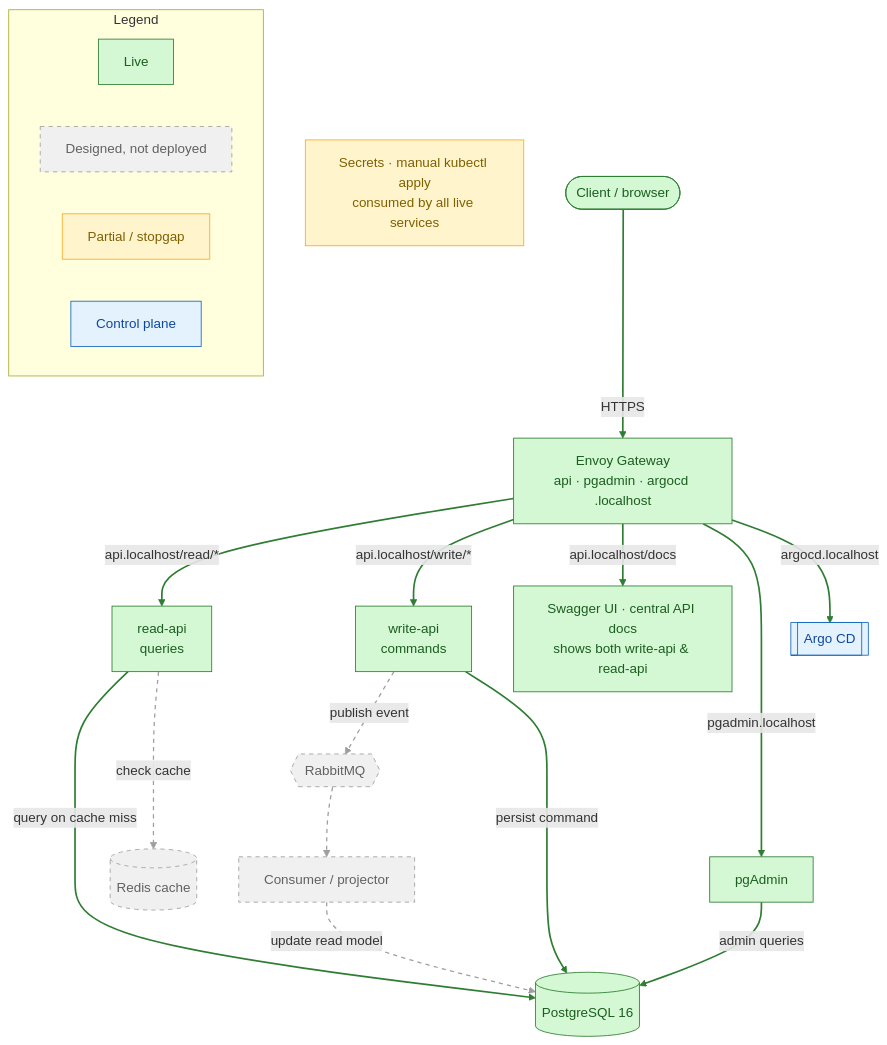
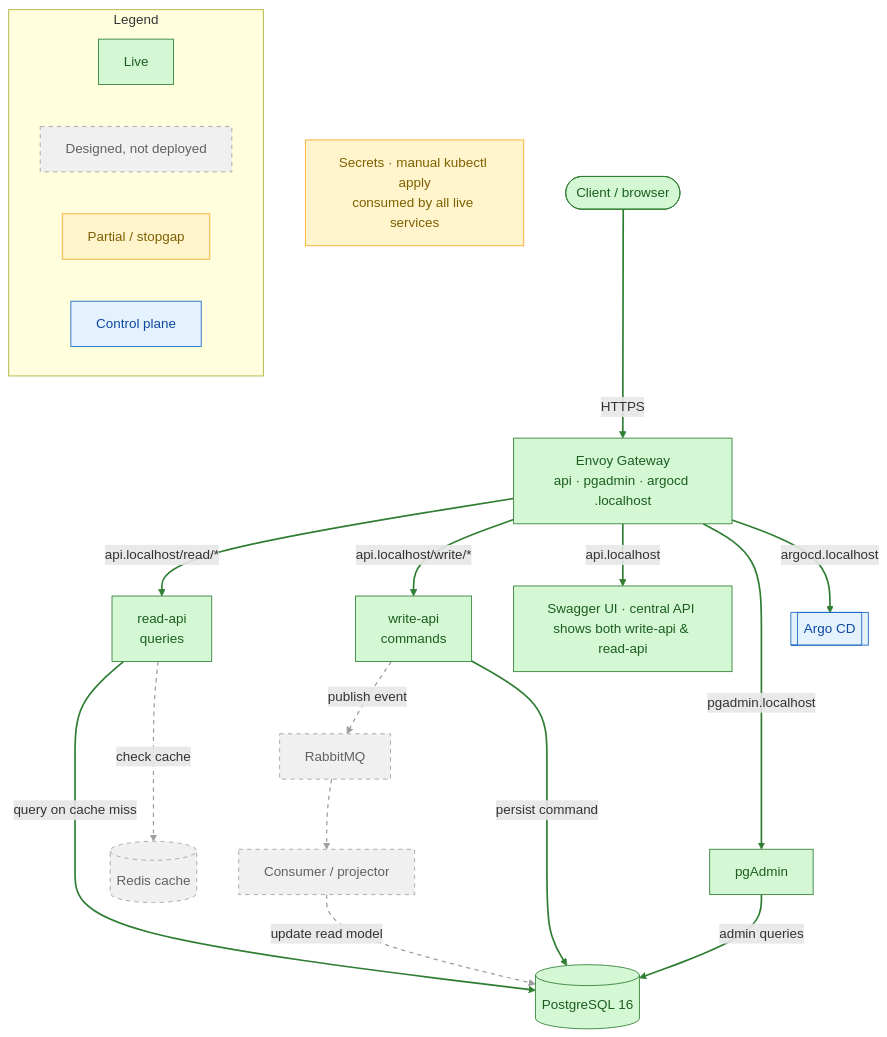
The first of 2 diagrams in README.md (CJs-Shipyard/platform-docs), drawn with Mermaid before and after one commit. The commit also changed other lines of this file, not shown here.

````diff
--- a/README.md
+++ b/README.md
@@ -57,57 +57,57 @@
 ```mermaid
 flowchart TB
     classDef live fill:#d4f7d4,stroke:#2e7d32,color:#1b5e20;
     classDef planned fill:#f0f0f0,stroke:#9e9e9e,color:#616161,stroke-dasharray:5 5;
     classDef partial fill:#fff4cc,stroke:#f9a825,color:#7f6000;
     classDef ctrl fill:#e3f2fd,stroke:#1565c0,color:#0d47a1;
 
     subgraph legend["Legend"]
         direction LR
         lL["Live"]:::live
         lP["Designed, not deployed"]:::planned
         lS["Partial / stopgap"]:::partial
         lC["Control plane"]:::ctrl
     end
 
     secrets["Secrets · manual kubectl apply<br/>consumed by all live services"]:::partial
     client([Client / browser]):::live
 
     envoy["Envoy Gateway<br/>api · pgadmin · argocd .localhost"]:::live
-    docs["Swagger UI · central API docs<br/>shows both write-api & read-api"]:::live
+    docs["Swagger UI · central API <br/>shows both write-api & read-api"]:::live
     write["write-api<br/>commands"]:::live
     read["read-api<br/>queries"]:::live
     pgadmin["pgAdmin"]:::live
     pg[("PostgreSQL 16")]:::live
 
     redis[("Redis cache")]:::planned
-    mq{{RabbitMQ}}:::planned
+    mq["RabbitMQ"]:::planned
     consumer["Consumer / projector"]:::planned
 
     argo[[Argo CD]]:::ctrl
     write -.->|publish event| mq
 
     client -->|HTTPS| envoy
     envoy -->|"api.localhost/read/*"| read
     envoy -->|"api.localhost/write/*"| write
-    envoy -->|"api.localhost/docs"| docs
+    envoy -->|"api.localhost"| docs
     envoy -->|pgadmin.localhost| pgadmin
     envoy -->|argocd.localhost| argo
     write -->|persist command| pg
     read -->|query on cache miss| pg
     pgadmin -->|admin queries| pg
 
     read -.->|check cache| redis
     mq -.-> consumer
     consumer -.->|update read model| pg
 
     %% layout only, invisible: dagre's network-simplex ranker minimises total edge
     %% length, so without these it slides read-api and redis off their intended rows.
     %% read ~~~ mq pins read-api level with write-api; mq ~~~ redis pins redis level
     %% with consumer.
     read ~~~ mq
     mq ~~~ redis
 
     linkStyle 1,2,3,4,5,6,7,8,9 stroke:#2e7d32,stroke-width:2px;
     linkStyle 0,10,11,12 stroke:#9e9e9e,stroke-width:1.5px,stroke-dasharray:5 5;
     linkStyle 13,14 stroke:none,stroke-width:0px,fill:none;
 ```
````
